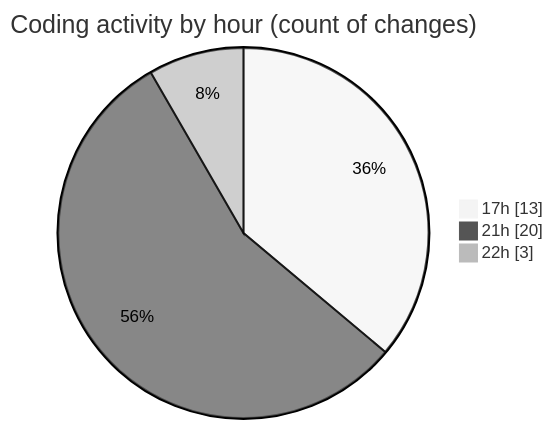
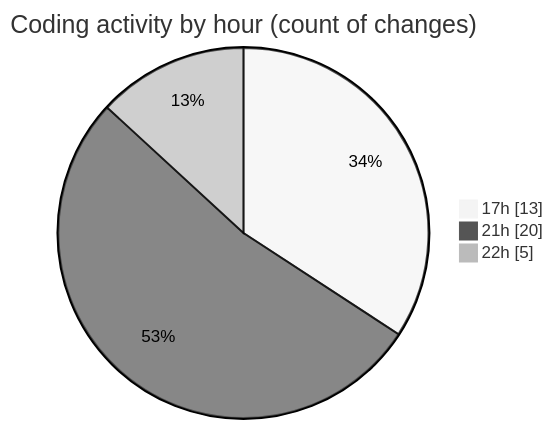
One commit to Unknowalive/code-tracking changed the second of 2 diagrams in 2026-07-03/researchlens/README.md. Above: the diagram before and after it, drawn with Mermaid (neutral theme). The commit also changed other lines of this file and 1 other file, not shown here.

````diff
--- a/2026-07-03/researchlens/README.md
+++ b/2026-07-03/researchlens/README.md
@@ -46,7 +46,7 @@
 ```mermaid
 pie showData
 title Coding activity by hour (count of changes)
 "17h" : 13
 "21h" : 20
-"22h" : 3
+"22h" : 5
 ```
````
